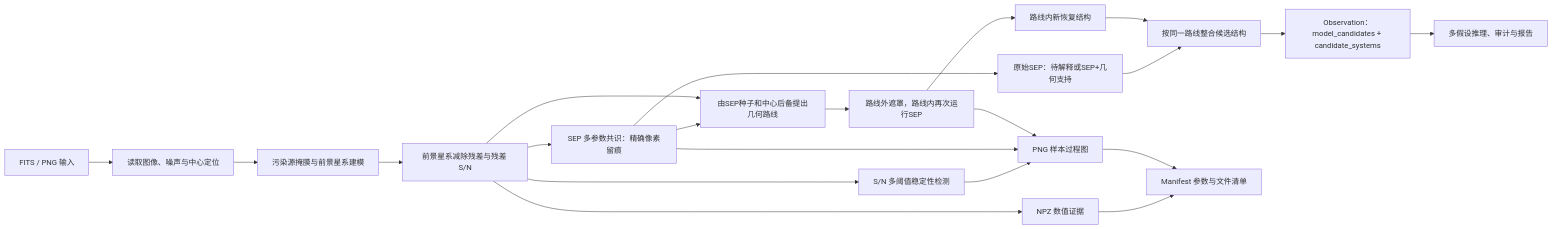
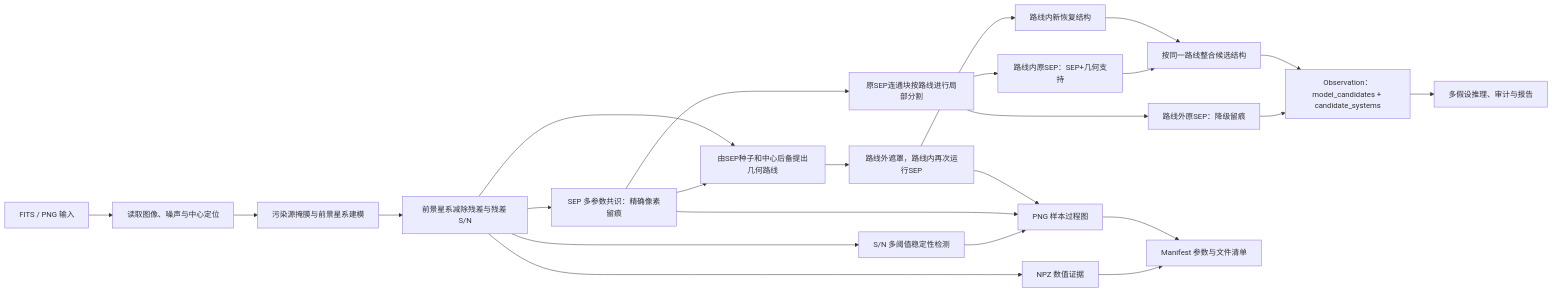
Before and after one commit to moonlovist/SL-agent: the diagram in src/docs/VISION_PROCESS_FLOW_CN.md, drawn with Mermaid. The commit also changed other lines of this file and 13 other files, not shown here.

````diff
--- a/src/docs/VISION_PROCESS_FLOW_CN.md
+++ b/src/docs/VISION_PROCESS_FLOW_CN.md
@@ -5,23 +5,26 @@
 ```mermaid
 flowchart LR
     A["FITS / PNG 输入"] --> B["读取图像、噪声与中心定位"]
     B --> C["污染源掩膜与前景星系建模"]
     C --> D["前景星系减除残差与残差 S/N"]
     D --> E["S/N 多阈值稳定性检测"]
     D --> F["SEP 多参数共识：精确像素留痕"]
     F --> R["由SEP种子和中心后备提出几何路线"]
     D --> R
     R --> Q["路线外遮罩，路线内再次运行SEP"]
-    F --> S1["原始SEP：待解释或SEP+几何支持"]
+    F --> P["原SEP连通块按路线进行局部分割"]
+    P --> S1["路线内原SEP：SEP+几何支持"]
+    P --> S0["路线外原SEP：降级留痕"]
     Q --> S2["路线内新恢复结构"]
     S1 --> H["按同一路线整合候选结构"]
     S2 --> H
+    S0 --> I
     H --> I["Observation：model_candidates + candidate_systems"]
     I --> J["多假设推理、审计与报告"]
     D --> K["NPZ 数值证据"]
     E --> L["PNG 样本过程图"]
     F --> L
     Q --> L
     K --> M["Manifest 参数与文件清单"]
     L --> M
 ```
````
